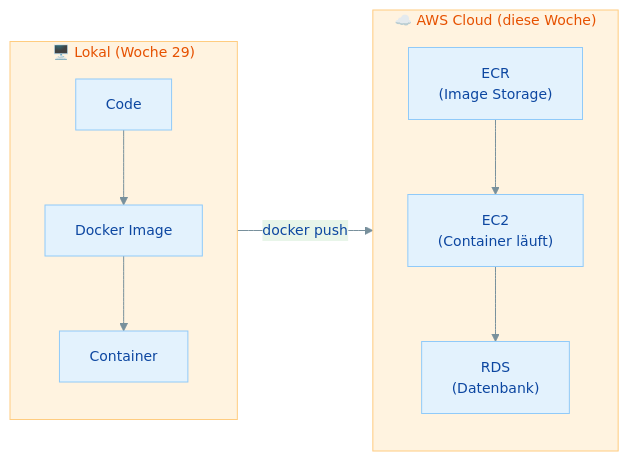
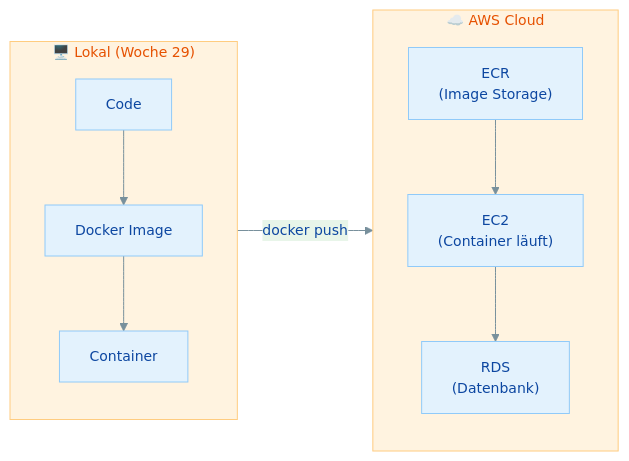
The first of 4 diagrams in docs/modul-3/woche-9/uebung-30.1-aws-ecr.md (JacobMenge/kurs-25-06), drawn with Mermaid before and after one commit. The commit also changed other lines of this file and 5 other files, not shown here.

````diff
--- a/docs/modul-3/woche-9/uebung-30.1-aws-ecr.md
+++ b/docs/modul-3/woche-9/uebung-30.1-aws-ecr.md
@@ -109,18 +109,18 @@
 ```mermaid
 %%{init: {'theme': 'base', 'themeVariables': {'primaryColor': '#e3f2fd', 'primaryTextColor': '#0d47a1', 'primaryBorderColor': '#90caf9', 'secondaryColor': '#e8f5e9', 'secondaryTextColor': '#1b5e20', 'secondaryBorderColor': '#a5d6a7', 'tertiaryColor': '#fff3e0', 'tertiaryTextColor': '#e65100', 'tertiaryBorderColor': '#ffcc80', 'lineColor': '#78909c', 'fontSize': '14px'}}}%%
 graph LR
     subgraph lokal ["🖥️ Lokal (Woche 29)"]
         direction TB
         CODE["Code"] --> IMG["Docker Image"]
         IMG --> CON["Container"]
     end
-    subgraph cloud ["☁️ AWS Cloud (diese Woche)"]
+    subgraph cloud ["☁️ AWS Cloud"]
         direction TB
         ECR["ECR<br/>(Image Storage)"]
         EC2["EC2<br/>(Container läuft)"]
         RDS["RDS<br/>(Datenbank)"]
         ECR --> EC2
         EC2 --> RDS
     end
     IMG -->|docker push| ECR
 ```
````
